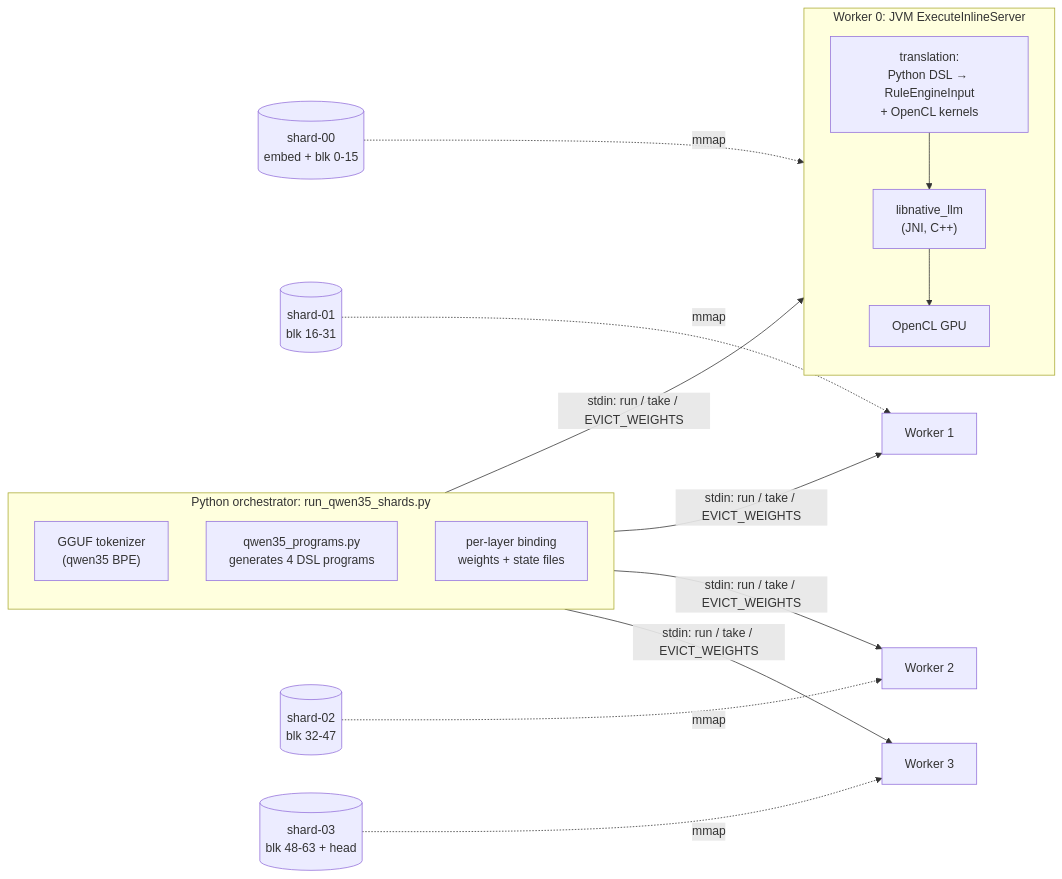
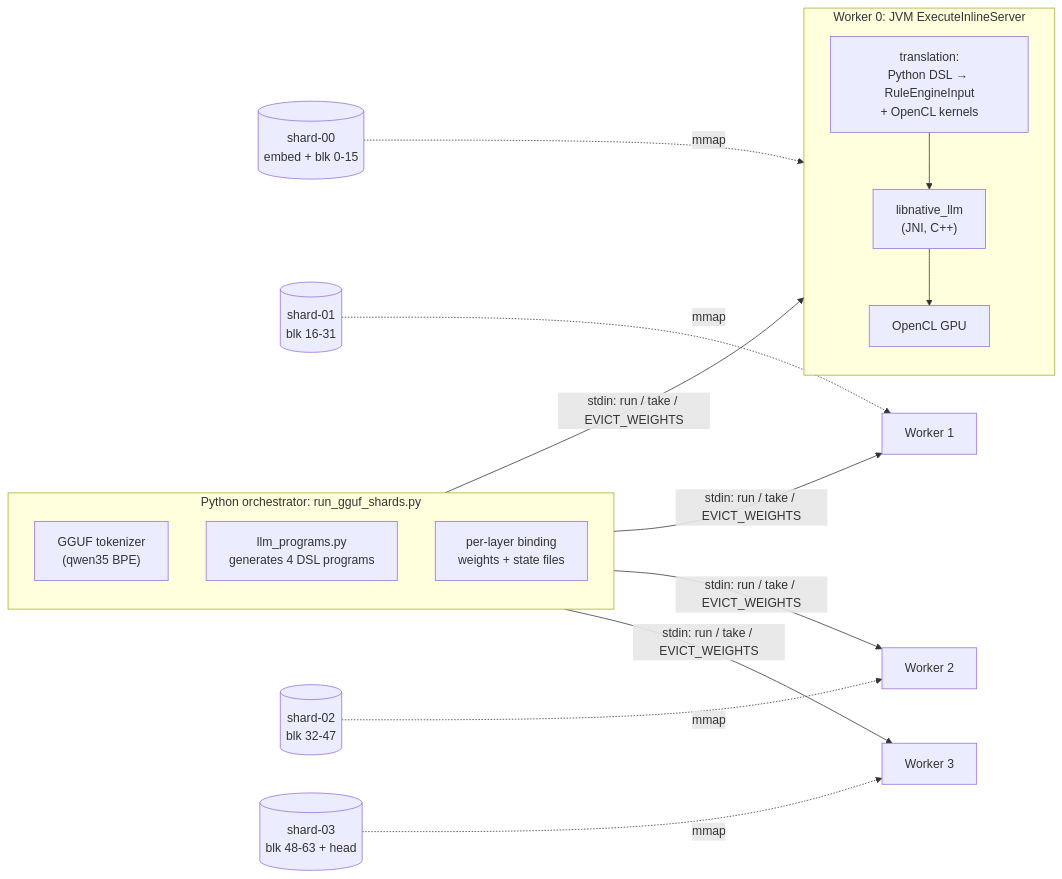
One commit to pranavsaxena-ramanujan/Ramanujan changed the first of 4 diagrams in sharded-llm/QWEN35_GGUF.md. Above: the diagram before and after it, drawn with Mermaid. The commit also changed other lines of this file and 18 other files, not shown here.

First line of the commit message:
Make the GGUF to Ramanujan IR translator architecture-generic

````diff
--- a/sharded-llm/QWEN35_GGUF.md
+++ b/sharded-llm/QWEN35_GGUF.md
@@ -25,23 +29,23 @@
 ```mermaid
 flowchart LR
-    subgraph Host["Python orchestrator: run_qwen35_shards.py"]
+    subgraph Host["Python orchestrator: run_gguf_shards.py"]
         TOK["GGUF tokenizer<br/>(qwen35 BPE)"]
-        GEN["qwen35_programs.py<br/>generates 4 DSL programs"]
+        GEN["llm_programs.py<br/>generates 4 DSL programs"]
         BIND["per-layer binding<br/>weights + state files"]
     end
     subgraph W0["Worker 0: JVM ExecuteInlineServer"]
         T0["translation:<br/>Python DSL → RuleEngineInput<br/>+ OpenCL kernels"] --> N0["libnative_llm<br/>(JNI, C++)"] --> G0["OpenCL GPU"]
     end
     W1["Worker 1"]
     W2["Worker 2"]
     W3["Worker 3"]
     D0[("shard-00<br/>embed + blk 0-15")]
     D1[("shard-01<br/>blk 16-31")]
     D2[("shard-02<br/>blk 32-47")]
     D3[("shard-03<br/>blk 48-63 + head")]
     Host -- "stdin: run / take / EVICT_WEIGHTS" --> W0 & W1 & W2 & W3
     D0 -. mmap .-> W0
     D1 -. mmap .-> W1
     D2 -. mmap .-> W2
     D3 -. mmap .-> W3
 ```
````
